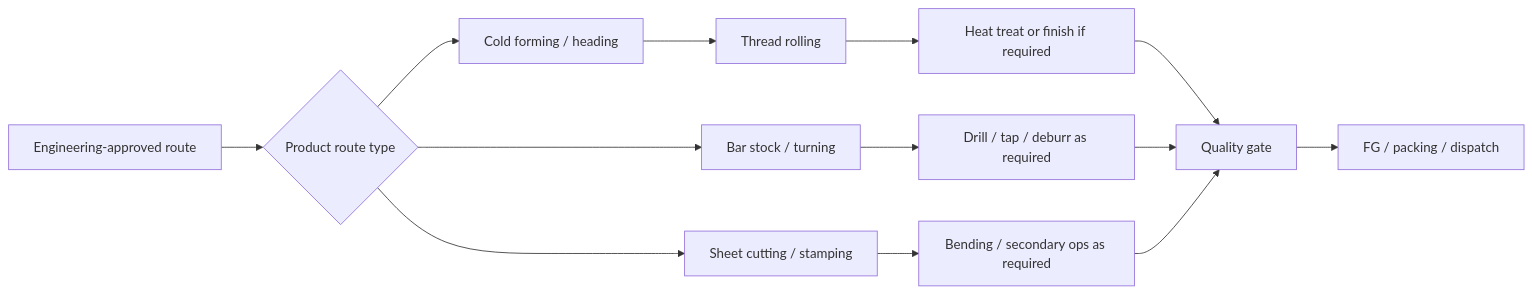
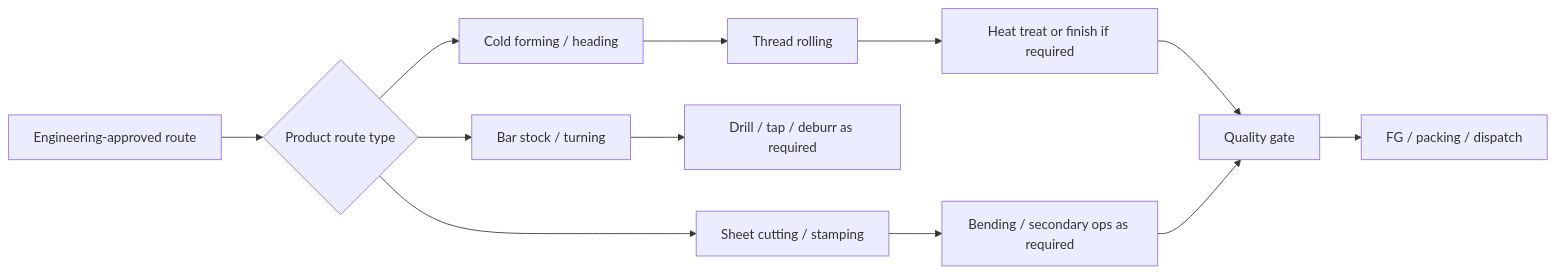
Before and after one commit to raktim-yoddha/fasteners-factory-erp-old: the first of 2 diagrams in FASTENER_ERP_MASTER_BRIEF.md, drawn with Mermaid. The commit also changed other lines of this file and 306 other files, not shown here.

````diff
--- a/FASTENER_ERP_MASTER_BRIEF.md
+++ b/FASTENER_ERP_MASTER_BRIEF.md
@@ -375,15 +358,14 @@
 ```mermaid
 flowchart LR
     A[Engineering-approved route] --> B{Product route type}
     B --> C[Cold forming / heading]
     C --> D[Thread rolling]
     D --> E[Heat treat or finish if required]
     B --> F[Bar stock / turning]
     F --> G[Drill / tap / deburr as required]
     B --> H[Sheet cutting / stamping]
     H --> I[Bending / secondary ops as required]
     E --> J[Quality gate]
-    G --> J
     I --> J
     J --> K[FG / packing / dispatch]
 ```
````
